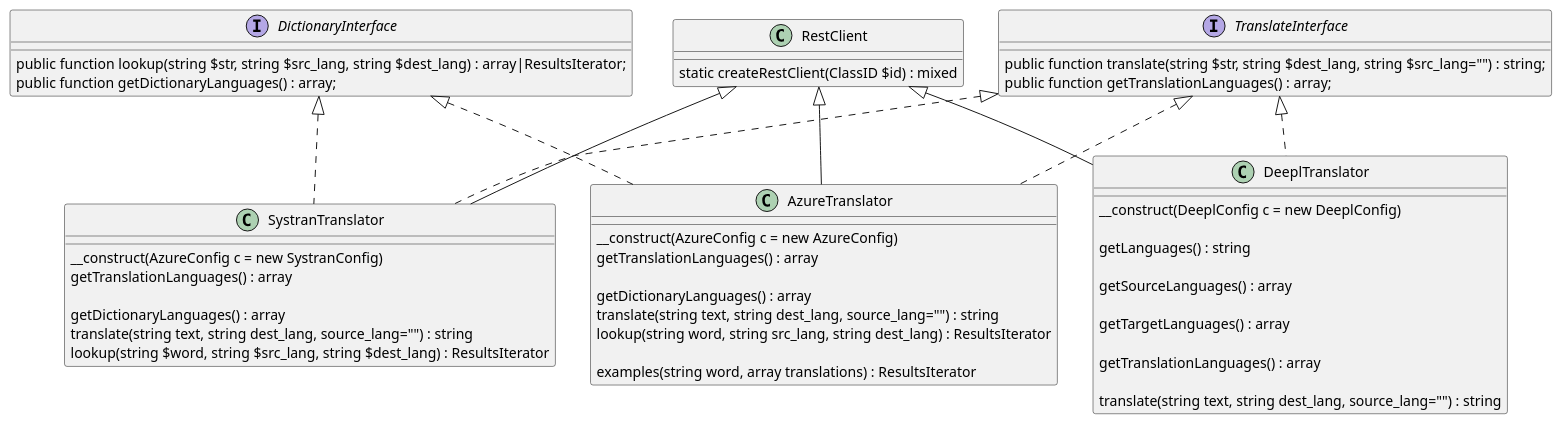
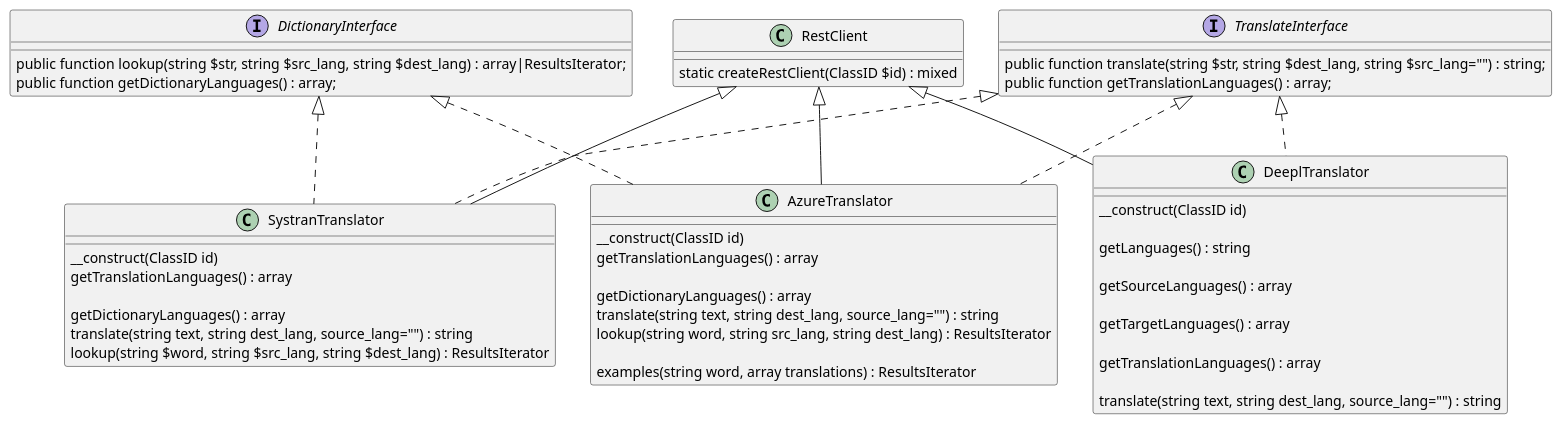
One commit to kurt-krueckeberg/php-translation-and-dictionary-rest-api-classes changed the diagram in plantuml/dict-trans-classes.puml. Above: the diagram before and after it, drawn with PlantUML. The commit also changed 2 other files, not shown here.

```diff
--- a/plantuml/dict-trans-classes.puml
+++ b/plantuml/dict-trans-classes.puml
@@ -1,60 +1,60 @@
 interface TranslateInterface {
 
    public function translate(string $str, string $dest_lang, string $src_lang="") : string;
    public function getTranslationLanguages() : array;
 }
 
 interface DictionaryInterface {
    
    public function lookup(string $str, string $src_lang, string $dest_lang) : array|ResultsIterator; 
    public function getDictionaryLanguages() : array; 
 }
 
 
 class RestClient {
 
    static createRestClient(ClassID $id) : mixed
 }
 
 class AzureTranslator extends RestClient implements DictionaryInterface, TranslateInterface {
 
-   __construct(AzureConfig c = new AzureConfig)
+   __construct(ClassID id)
    
    getTranslationLanguages() : array
 
    getDictionaryLanguages() : array 
     
    translate(string text, string dest_lang, source_lang="") : string 
    
    lookup(string word, string src_lang, string dest_lang) : ResultsIterator
 
    examples(string word, array translations) : ResultsIterator
 }
 
 class DeeplTranslator extends RestClient implements TranslateInterface {
    
-   __construct(DeeplConfig c = new DeeplConfig)
+   __construct(ClassID id)
    
    getLanguages() : string
 
    getSourceLanguages() : array
 
    getTargetLanguages() : array
    
    getTranslationLanguages() : array
 
    translate(string text, string dest_lang, source_lang="") : string 
 }
 
 class SystranTranslator extends RestClient implements DictionaryInterface, TranslateInterface {
 
-   __construct(AzureConfig c = new SystranConfig)
+   __construct(ClassID id)
    
    getTranslationLanguages() : array
 
    getDictionaryLanguages() : array 
     
    translate(string text, string dest_lang, source_lang="") : string 
    
    lookup(string $word, string $src_lang, string $dest_lang) : ResultsIterator
 }
```
